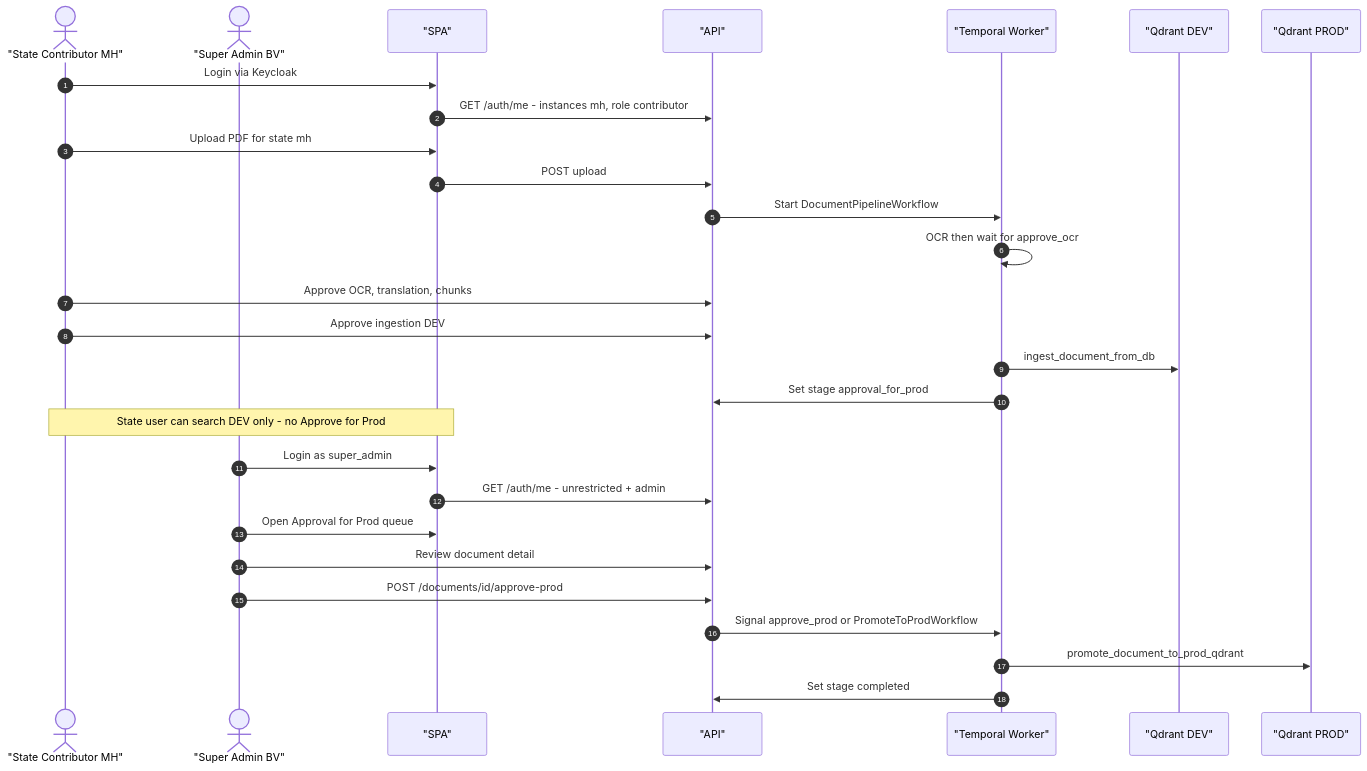
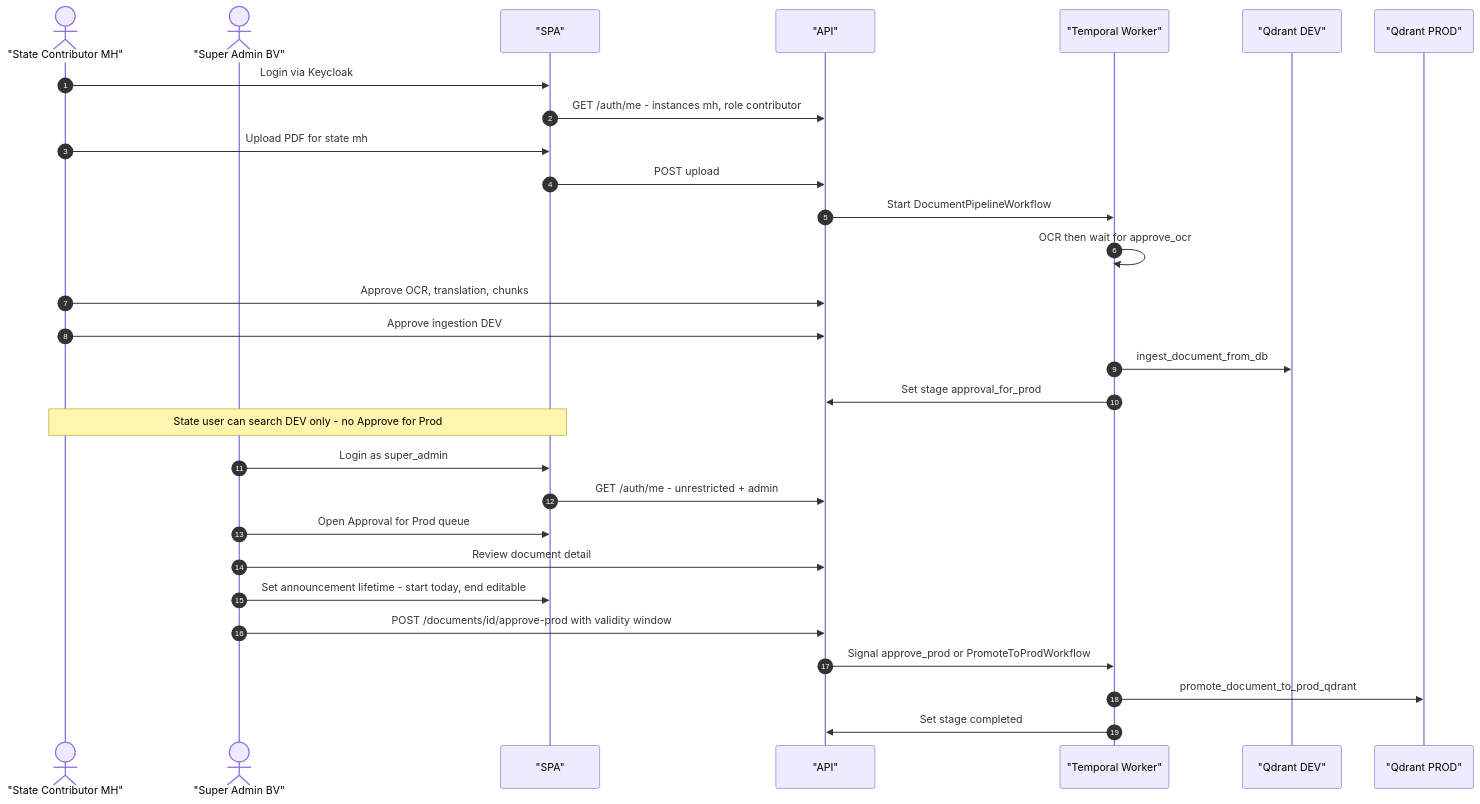
The sixth of 8 diagrams in docs/architecture-pipeline-rbac.md (OpenAgriNet/knowledge-provider), drawn with Mermaid before and after one commit. The commit also changed other lines of this file and 19 other files, not shown here.

First line of the commit message:
feat: add an approver-set validity window to the network catalog [#111]

````diff
--- a/docs/architecture-pipeline-rbac.md
+++ b/docs/architecture-pipeline-rbac.md
@@ -274,32 +274,33 @@
 ```mermaid
 sequenceDiagram
   autonumber
   actor SC as "State Contributor MH"
   actor SA as "Super Admin BV"
   participant UI as "SPA"
   participant API as "API"
   participant T as "Temporal Worker"
   participant DEV as "Qdrant DEV"
   participant PROD as "Qdrant PROD"
 
   SC->>UI: Login via Keycloak
   UI->>API: GET /auth/me - instances mh, role contributor
   SC->>UI: Upload PDF for state mh
   UI->>API: POST upload
   API->>T: Start DocumentPipelineWorkflow
   T->>T: OCR then wait for approve_ocr
   SC->>API: Approve OCR, translation, chunks
   SC->>API: Approve ingestion DEV
   T->>DEV: ingest_document_from_db
   T->>API: Set stage approval_for_prod
   Note over SC,UI: State user can search DEV only - no Approve for Prod
 
   SA->>UI: Login as super_admin
   UI->>API: GET /auth/me - unrestricted + admin
   SA->>UI: Open Approval for Prod queue
   SA->>API: Review document detail
-  SA->>API: POST /documents/id/approve-prod
+  SA->>UI: Set announcement lifetime - start today, end editable
+  SA->>API: POST /documents/id/approve-prod with validity window
   API->>T: Signal approve_prod or PromoteToProdWorkflow
   T->>PROD: promote_document_to_prod_qdrant
   T->>API: Set stage completed
 ```
````
